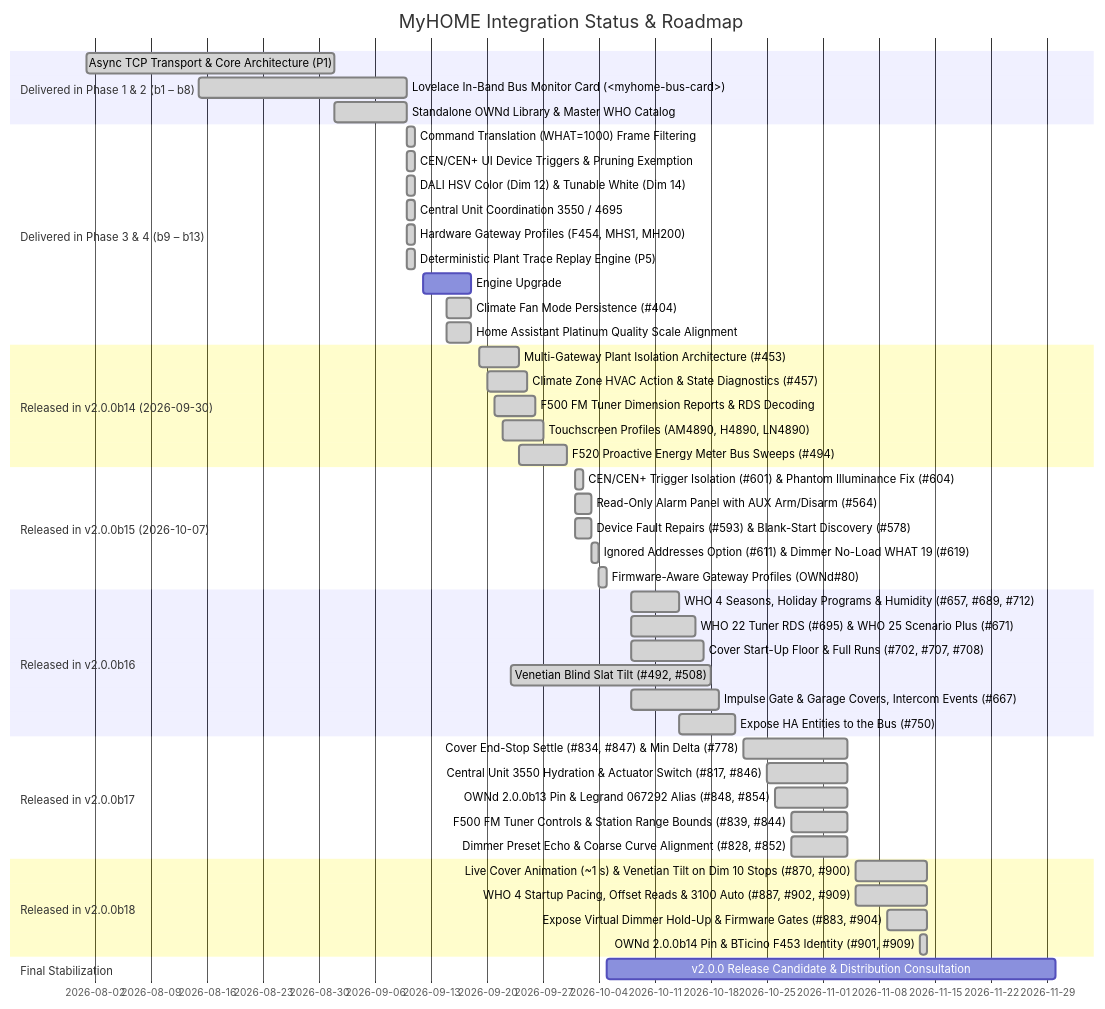
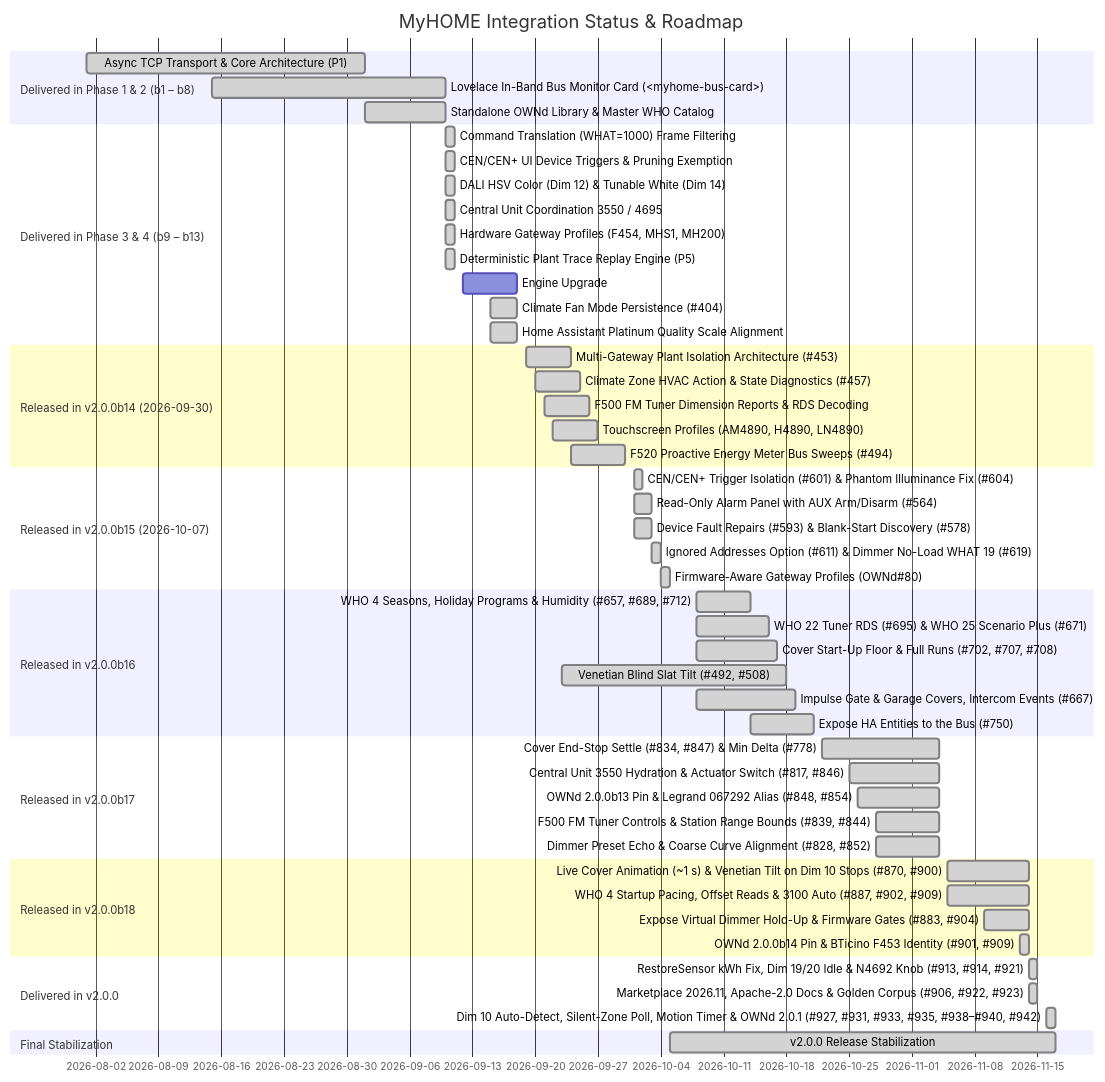
The first of 3 diagrams in docs/roadmap.md (OpenWebNet-HA/MyHOME), drawn with Mermaid before and after one commit. The commit also changed other lines of this file and 22 other files, not shown here.

First line of the commit message:
chore(release): bump version to 2.0.0 on OWNd==2.0.1 (#925)

````diff
--- a/docs/roadmap.md
+++ b/docs/roadmap.md
@@ -16,51 +16,55 @@
 ```mermaid
 gantt
     title MyHOME Integration Status & Roadmap
     dateFormat  YYYY-MM-DD
     section Delivered in Phase 1 & 2 (b1 – b8)
     Async TCP Transport & Core Architecture (P1)     :done, 2026-08-01, 2026-09-01
     Lovelace In-Band Bus Monitor Card (<myhome-bus-card>) :done, 2026-08-15, 2026-09-10
     Standalone OWNd Library & Master WHO Catalog     :done, 2026-09-01, 2026-09-10
     section Delivered in Phase 3 & 4 (b9 – b13)
     Command Translation (WHAT=1000) Frame Filtering   :done, 2026-09-10, 2026-09-11
     CEN/CEN+ UI Device Triggers & Pruning Exemption  :done, 2026-09-10, 2026-09-11
     DALI HSV Color (Dim 12) & Tunable White (Dim 14) :done, 2026-09-10, 2026-09-11
     Central Unit Coordination 3550 / 4695            :done, 2026-09-10, 2026-09-11
     Hardware Gateway Profiles (F454, MHS1, MH200)   :done, 2026-09-10, 2026-09-11
     Deterministic Plant Trace Replay Engine (P5)     :done, 2026-09-10, 2026-09-11
     Engine Upgrade: OWNd 2.0.0b8 (HMAC SHA-1/SHA-256) :done, 2026-09-12, 2026-09-18
     Climate Fan Mode Persistence (#404)              :done, 2026-09-15, 2026-09-18
     Home Assistant Platinum Quality Scale Alignment  :done, 2026-09-15, 2026-09-18
     section Released in v2.0.0b14 (2026-09-30)
     Multi-Gateway Plant Isolation Architecture (#453) :done, 2026-09-19, 2026-09-24
     Climate Zone HVAC Action & State Diagnostics (#457) :done, 2026-09-20, 2026-09-25
     F500 FM Tuner Dimension Reports & RDS Decoding   :done, 2026-09-21, 2026-09-26
     Touchscreen Profiles (AM4890, H4890, LN4890)     :done, 2026-09-22, 2026-09-27
     F520 Proactive Energy Meter Bus Sweeps (#494)    :done, 2026-09-24, 2026-09-30
     section Released in v2.0.0b15 (2026-10-07)
     CEN/CEN+ Trigger Isolation (#601) & Phantom Illuminance Fix (#604) :done, 2026-10-01, 2026-10-02
     Read-Only Alarm Panel with AUX Arm/Disarm (#564)  :done, 2026-10-01, 2026-10-03
     Device Fault Repairs (#593) & Blank-Start Discovery (#578) :done, 2026-10-01, 2026-10-03
     Ignored Addresses Option (#611) & Dimmer No-Load WHAT 19 (#619) :done, 2026-10-03, 2026-10-04
     Firmware-Aware Gateway Profiles (OWNd#80)         :done, 2026-10-04, 2026-10-05
     section Released in v2.0.0b16
     WHO 4 Seasons, Holiday Programs & Humidity (#657, #689, #712) :done, 2026-10-08, 2026-10-14
     WHO 22 Tuner RDS (#695) & WHO 25 Scenario Plus (#671) :done, 2026-10-08, 2026-10-16
     Cover Start-Up Floor & Full Runs (#702, #707, #708) :done, 2026-10-08, 2026-10-17
     Venetian Blind Slat Tilt (#492, #508)             :done, 2026-09-23, 2026-10-18
     Impulse Gate & Garage Covers, Intercom Events (#667) :done, 2026-10-08, 2026-10-19
     Expose HA Entities to the Bus (#750)              :done, 2026-10-14, 2026-10-21
     section Released in v2.0.0b17
     Cover End-Stop Settle (#834, #847) & Min Delta (#778) :done, 2026-10-22, 2026-11-04
     Central Unit 3550 Hydration & Actuator Switch (#817, #846) :done, 2026-10-25, 2026-11-04
     OWNd 2.0.0b13 Pin & Legrand 067292 Alias (#848, #854) :done, 2026-10-26, 2026-11-04
     F500 FM Tuner Controls & Station Range Bounds (#839, #844) :done, 2026-10-28, 2026-11-04
     Dimmer Preset Echo & Coarse Curve Alignment (#828, #852) :done, 2026-10-28, 2026-11-04
     section Released in v2.0.0b18
     Live Cover Animation (~1 s) & Venetian Tilt on Dim 10 Stops (#870, #900) :done, 2026-11-05, 2026-11-14
     WHO 4 Startup Pacing, Offset Reads & 3100 Auto (#887, #902, #909) :done, 2026-11-05, 2026-11-14
     Expose Virtual Dimmer Hold-Up & Firmware Gates (#883, #904) :done, 2026-11-09, 2026-11-14
     OWNd 2.0.0b14 Pin & BTicino F453 Identity (#901, #909) :done, 2026-11-13, 2026-11-14
+    section Delivered in v2.0.0
+    RestoreSensor kWh Fix, Dim 19/20 Idle & N4692 Knob (#913, #914, #921) :done, 2026-11-14, 2026-11-15
+    Marketplace 2026.11, Apache-2.0 Docs & Golden Corpus (#906, #922, #923) :done, 2026-11-14, 2026-11-15
+    Dim 10 Auto-Detect, Silent-Zone Poll, Motion Timer & OWNd 2.0.1 (#927, #931, #933, #935, #938–#940, #942) :done, 2026-11-16, 2026-11-17
     section Final Stabilization
-    v2.0.0 Release Candidate & Distribution Consultation :2026-10-05, 2026-11-30
+    v2.0.0 Release Stabilization :done, 2026-10-05, 2026-11-17
 ```
````
